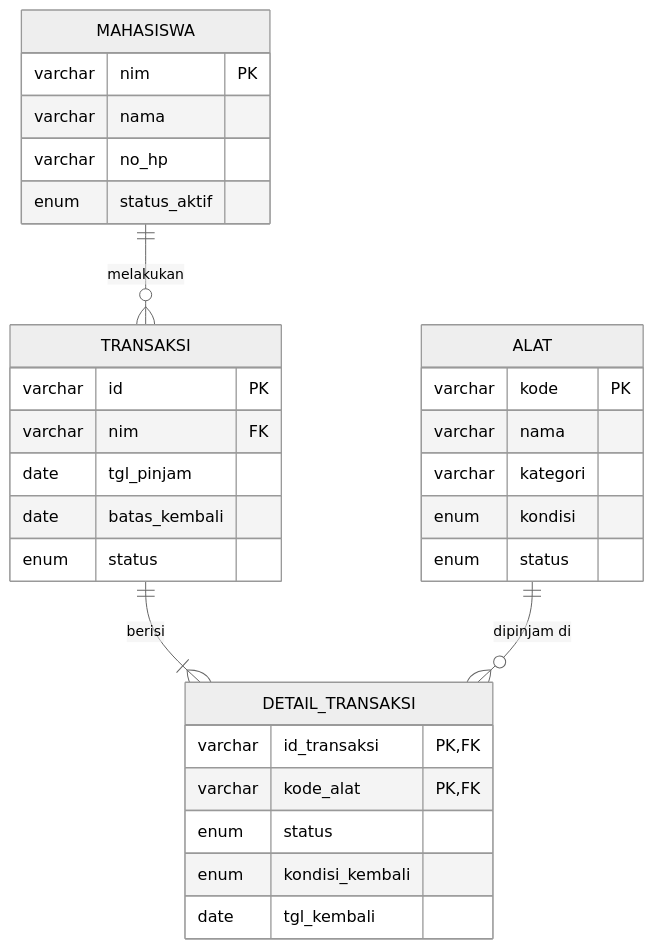
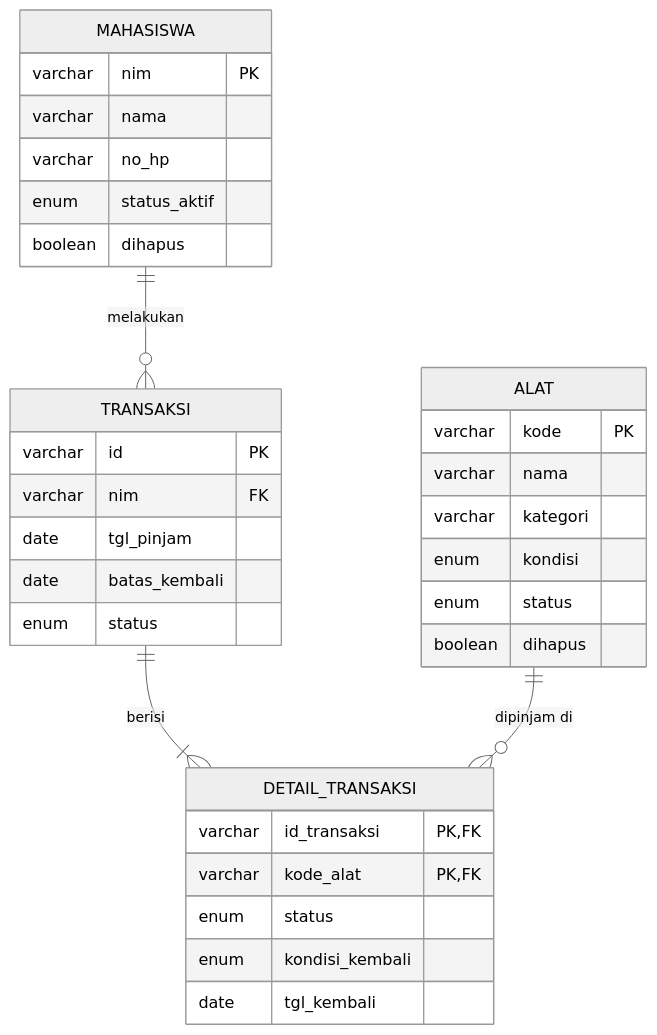
Before and after one commit to rifaidanu/project-praktikum-pemrograman: the second of 10 diagrams in project_kedua/project_instruction.md, drawn with Mermaid (neutral theme). The commit also changed other lines of this file and 35 other files, not shown here.

````diff
--- a/project_kedua/project_instruction.md
+++ b/project_kedua/project_instruction.md
@@ -147,34 +99,36 @@
 ```mermaid
 erDiagram
     MAHASISWA ||--o{ TRANSAKSI : "melakukan"
     TRANSAKSI ||--|{ DETAIL_TRANSAKSI : "berisi"
     ALAT ||--o{ DETAIL_TRANSAKSI : "dipinjam di"
 
     MAHASISWA {
         varchar nim PK
         varchar nama
         varchar no_hp
         enum status_aktif
+        boolean dihapus
     }
     ALAT {
         varchar kode PK
         varchar nama
         varchar kategori
         enum kondisi
         enum status
+        boolean dihapus
     }
     TRANSAKSI {
         varchar id PK
         varchar nim FK
         date tgl_pinjam
         date batas_kembali
         enum status
     }
     DETAIL_TRANSAKSI {
         varchar id_transaksi PK,FK
         varchar kode_alat PK,FK
         enum status
         enum kondisi_kembali
         date tgl_kembali
     }
 ```
````
